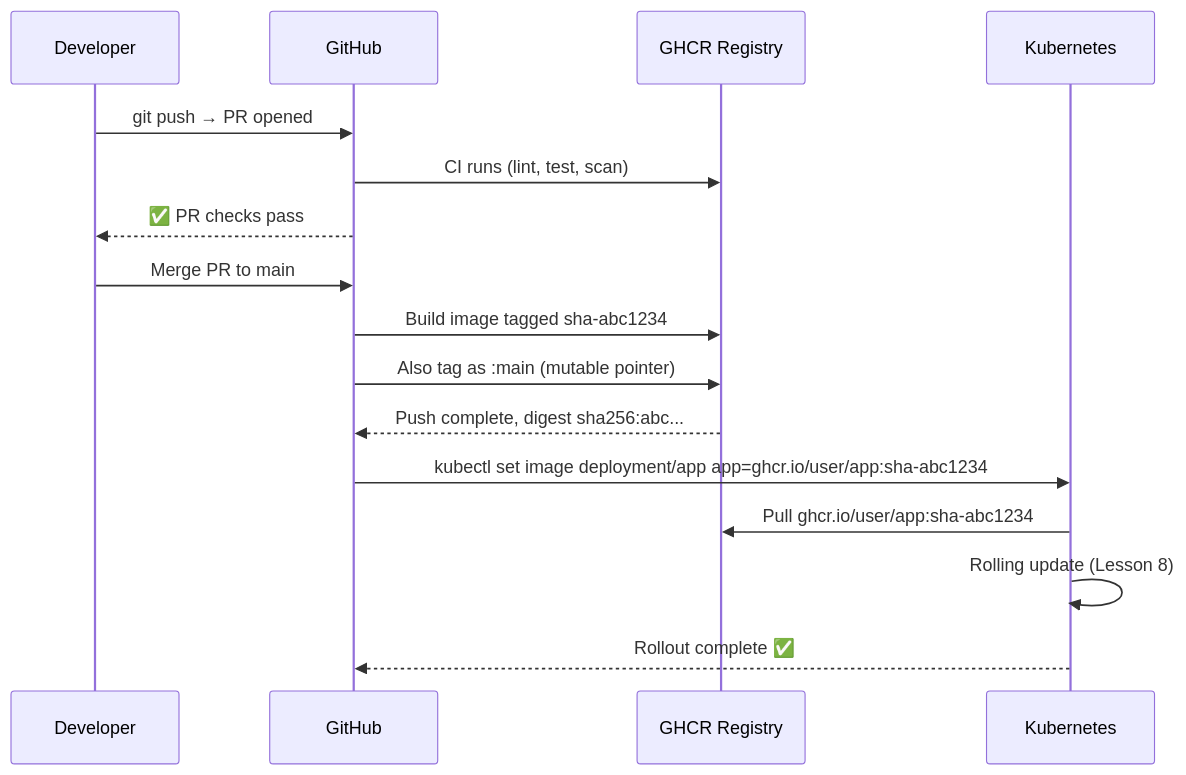
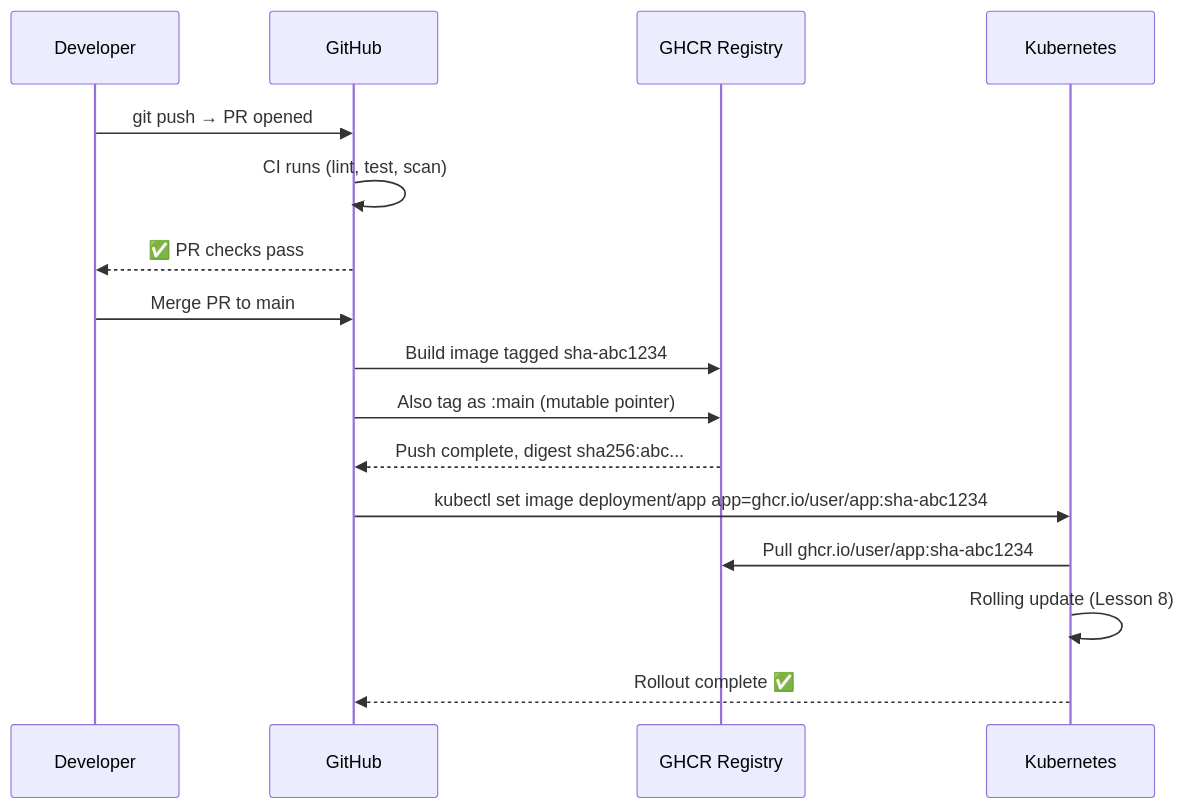
One commit to zinoo-dez/devops-zero-to-hero changed the second of 2 diagrams in content/my/courses/cicd-project/05-registry-publish.mdx. Above: the diagram before and after it, drawn with Mermaid. The commit also changed other lines of this file and 43 other files, not shown here.

````diff
--- a/content/my/courses/cicd-project/05-registry-publish.mdx
+++ b/content/my/courses/cicd-project/05-registry-publish.mdx
@@ -276,21 +276,21 @@
 ```mermaid
 sequenceDiagram
     participant DEV as Developer
     participant GH as GitHub
     participant GHCR as GHCR Registry
     participant K8S as Kubernetes
 
     DEV->>GH: git push → PR opened
-    GH->>GHCR: CI runs (lint, test, scan)
+    GH->>GH: CI runs (lint, test, scan)
     GH-->>DEV: ✅ PR checks pass
 
     DEV->>GH: Merge PR to main
     GH->>GHCR: Build image tagged sha-abc1234
     GH->>GHCR: Also tag as :main (mutable pointer)
     GHCR-->>GH: Push complete, digest sha256:abc...
 
     GH->>K8S: kubectl set image deployment/app app=ghcr.io/user/app:sha-abc1234
     K8S->>GHCR: Pull ghcr.io/user/app:sha-abc1234
     K8S->>K8S: Rolling update (Lesson 8)
     K8S-->>GH: Rollout complete ✅
 ```
````
